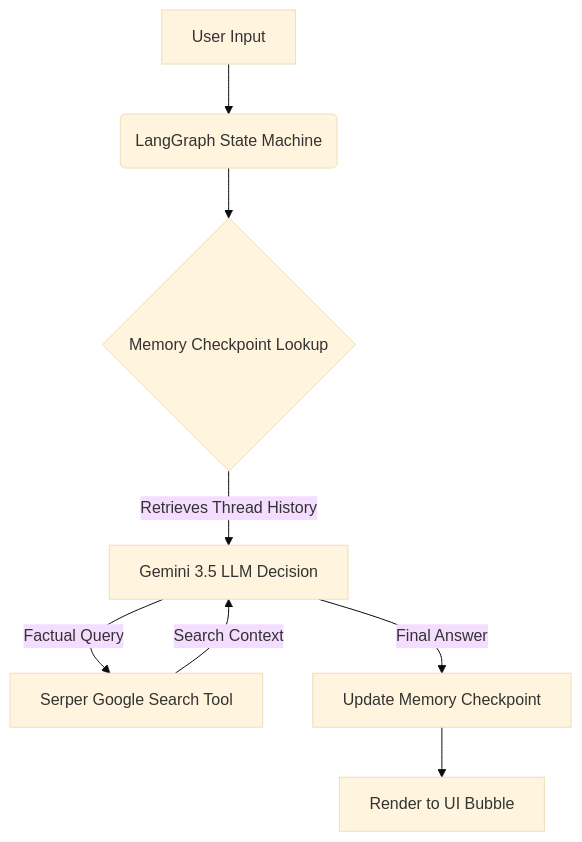
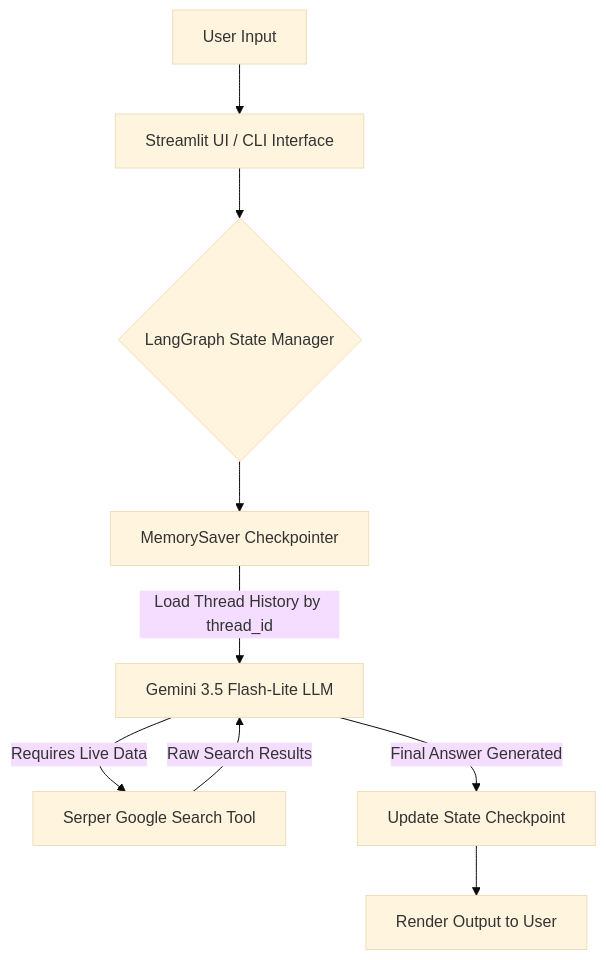
Before and after one commit to PrathmeshSalunkhe08/SearchMind-Ai: the diagram in README.md, drawn with Mermaid (base theme). The commit also changed other lines of this file, not shown here.

Commit message:
docs: update README.md with comprehensive documentation, badges, and architecture diagram

````diff
--- a/README.md
+++ b/README.md
@@ -23,10 +64,13 @@
 ```mermaid
 graph TD
-    A[User Input] --> B(LangGraph State Machine)
-    B --> C{Memory Checkpoint Lookup}
-    C -->|Retrieves Thread History| D[Gemini 3.5 LLM Decision]
-    D -->|Factual Query| E[Serper Google Search Tool]
-    E -->|Search Context| D
-    D -->|Final Answer| F[Update Memory Checkpoint]
-    F --> G[Render to UI Bubble]
+    A[User Input] --> B[Streamlit UI / CLI Interface]
+    B --> C{LangGraph State Manager}
+    C --> D[MemorySaver Checkpointer]
+    D -->|Load Thread History by thread_id| E[Gemini 3.5 Flash-Lite LLM]
+    
+    E -->|Requires Live Data| F[Serper Google Search Tool]
+    F -->|Raw Search Results| E
+    
+    E -->|Final Answer Generated| G[Update State Checkpoint]
+    G --> H[Render Output to User]
 ```
````
